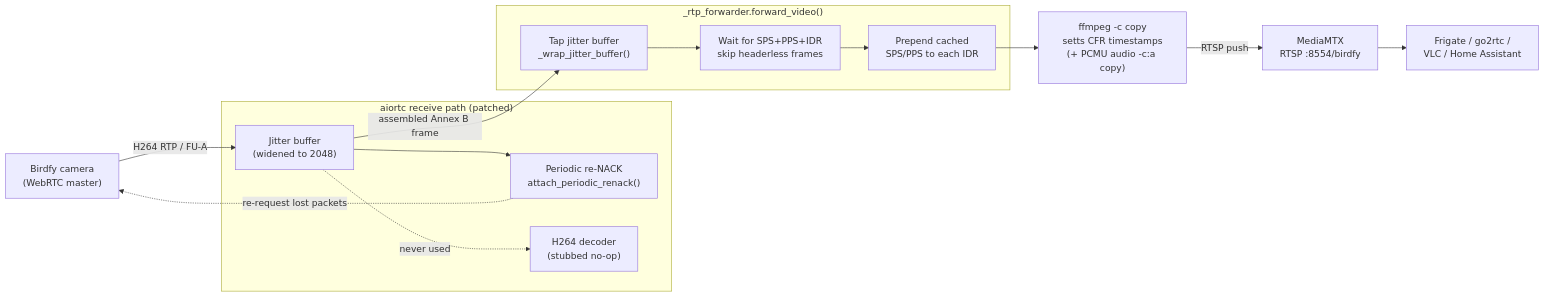
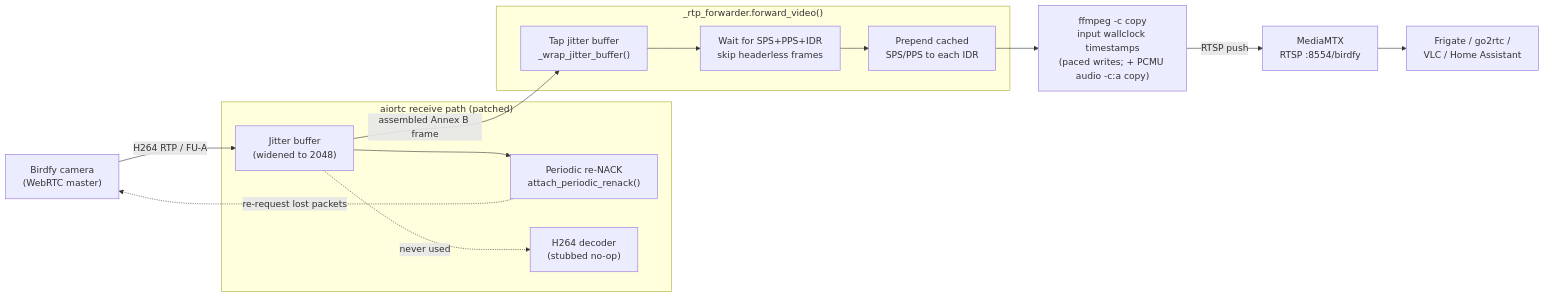
The first of 2 diagrams in docs/protocol.md (jezewjme/birdfy-bridge), drawn with Mermaid before and after one commit. The commit also changed other lines of this file and 9 other files, not shown here.

````diff
--- a/docs/protocol.md
+++ b/docs/protocol.md
@@ -9,25 +9,25 @@
 ```mermaid
 flowchart LR
     cam["Birdfy camera<br/>(WebRTC master)"]
     subgraph aiortc["aiortc receive path (patched)"]
         jb["Jitter buffer<br/>(widened to 2048)"]
         nack["Periodic re-NACK<br/>attach_periodic_renack()"]
         decode["H264 decoder<br/>(stubbed no-op)"]
     end
     subgraph fwd["_rtp_forwarder.forward_video()"]
         tap["Tap jitter buffer<br/>_wrap_jitter_buffer()"]
         gate["Wait for SPS+PPS+IDR<br/>skip headerless frames"]
         prepend["Prepend cached<br/>SPS/PPS to each IDR"]
     end
-    ff["ffmpeg -c copy<br/>setts CFR timestamps<br/>(+ PCMU audio -c:a copy)"]
+    ff["ffmpeg -c copy<br/>input wallclock timestamps<br/>(paced writes; + PCMU audio -c:a copy)"]
     mtx["MediaMTX<br/>RTSP :8554/birdfy"]
     client["Frigate / go2rtc /<br/>VLC / Home Assistant"]
 
     cam -->|H264 RTP / FU-A| jb
     nack -.->|re-request lost packets| cam
     jb --> nack
     jb -.->|never used| decode
     jb -->|assembled Annex B frame| tap
     tap --> gate --> prepend --> ff
     ff -->|RTSP push| mtx --> client
 ```
````
